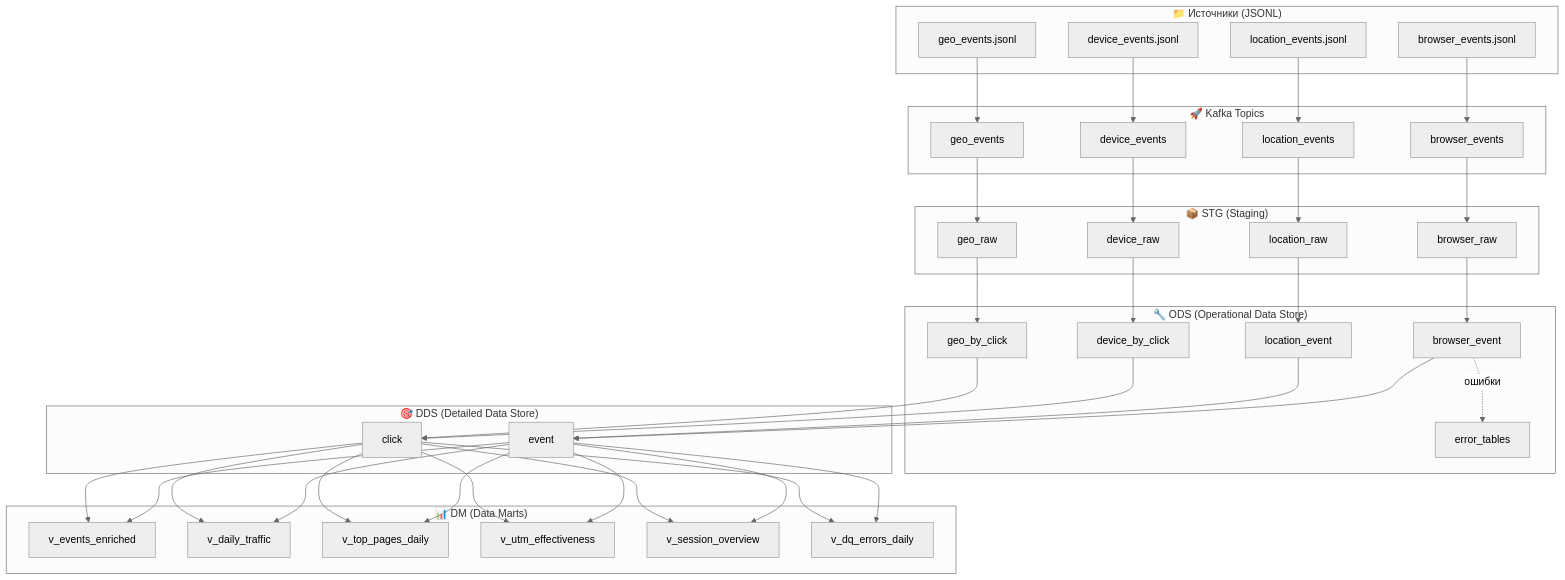
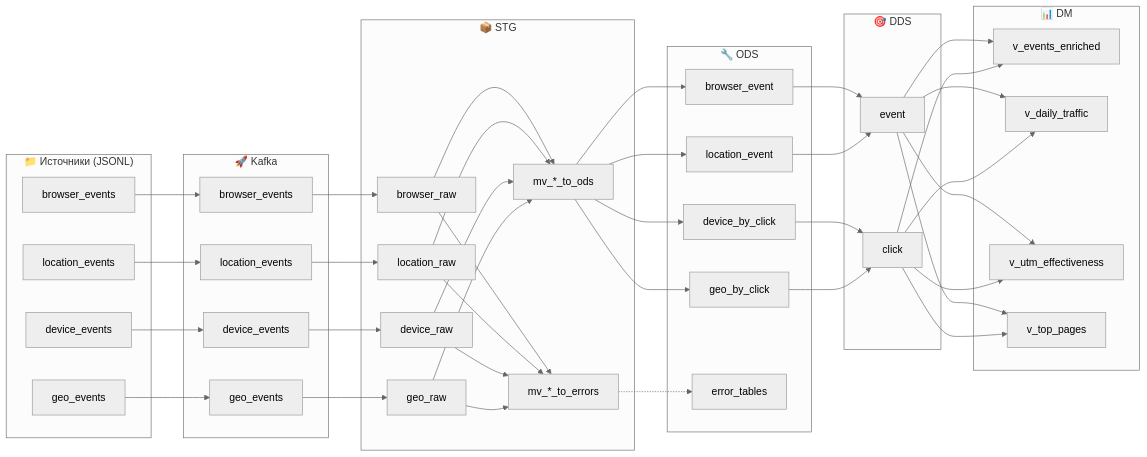
One commit to dementev-dev/clickstream-ch-kafka-superset-demo changed the first of 6 diagrams in docs/ARCHITECTURE.md. Above: the diagram before and after it, drawn with Mermaid (neutral theme). The commit also changed other lines of this file, not shown here.

First line of the commit message:
docs(architecture): update ODS error handling and DDS partial data support

````diff
--- a/docs/ARCHITECTURE.md
+++ b/docs/ARCHITECTURE.md
@@ -26,54 +26,54 @@
 ```mermaid
-flowchart TB
+flowchart LR
     subgraph Sources["📁 Источники (JSONL)"]
-        BE[browser_events.jsonl]
-        LE[location_events.jsonl]
-        DE[device_events.jsonl]
-        GE[geo_events.jsonl]
+        BE[browser_events]
+        LE[location_events]
+        DE[device_events]
+        GE[geo_events]
     end
 
-    subgraph Kafka["🚀 Kafka Topics"]
-        KT1[browser_events]
-        KT2[location_events]
-        KT3[device_events]
-        KT4[geo_events]
+    subgraph Kafka["🚀 Kafka"]
+        K1[browser_events]
+        K2[location_events]
+        K3[device_events]
+        K4[geo_events]
     end
 
-    subgraph STG["📦 STG (Staging)"]
-        BR[browser_raw]
-        LR[location_raw]
-        DR[device_raw]
-        GR[geo_raw]
+    subgraph STG["📦 STG"]
+        S1[browser_raw]
+        S2[location_raw]
+        S3[device_raw]
+        S4[geo_raw]
+        MV1[mv_*_to_ods]
+        MV2[mv_*_to_errors]
     end
 
-    subgraph ODS["🔧 ODS (Operational Data Store)"]
-        BE_O[browser_event]
-        LE_O[location_event]
-        DE_O[device_by_click]
-        GE_O[geo_by_click]
-        ERR[error_tables]
+    subgraph ODS["🔧 ODS"]
+        O1[browser_event]
+        O2[location_event]
+        O3[device_by_click]
+        O4[geo_by_click]
+        OE[error_tables]
     end
 
-    subgraph DDS["🎯 DDS (Detailed Data Store)"]
-        E[event]
-        C[click]
+    subgraph DDS["🎯 DDS"]
+        DE1[event]
+        DC1[click]
     end
 
-    subgraph DM["📊 DM (Data Marts)"]
-        VE[v_events_enriched]
-        VDT[v_daily_traffic]
-        VTP[v_top_pages_daily]
-        VUTM[v_utm_effectiveness]
-        VSE[v_session_overview]
-        VDQ[v_dq_errors_daily]
+    subgraph DM["📊 DM"]
+        DM1[v_events_enriched]
+        DM2[v_daily_traffic]
+        DM3[v_utm_effectiveness]
+        DM4[v_top_pages]
     end
 
-    BE --> KT1 --> BR --> BE_O --> E --> VE
-    LE --> KT2 --> LR --> LE_O --> E
-    DE --> KT3 --> DR --> DE_O --> C --> VE
-    GE --> KT4 --> GR --> GE_O --> C
-
-    BE_O -.->|ошибки| ERR
-    E --> VDT & VTP & VUTM & VSE & VDQ
-    C --> VDT & VTP & VUTM & VSE & VDQ
+    BE --> K1 --> S1 --> MV1 --> O1 --> DE1 --> DM1
+    LE --> K2 --> S2 --> MV1 --> O2 --> DE1
+    DE --> K3 --> S3 --> MV1 --> O3 --> DC1 --> DM1
+    GE --> K4 --> S4 --> MV1 --> O4 --> DC1
+    
+    S1 & S2 & S3 & S4 --> MV2 -.-> OE
+    DE1 --> DM2 & DM3 & DM4
+    DC1 --> DM2 & DM3 & DM4
 ```
````
